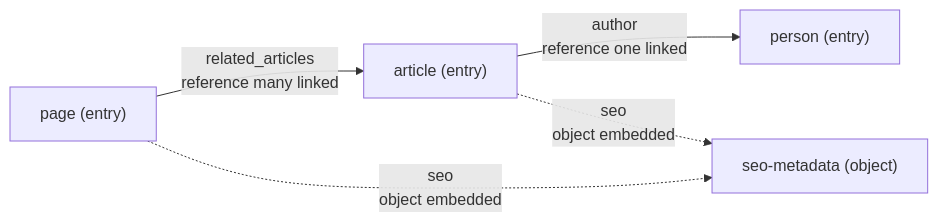
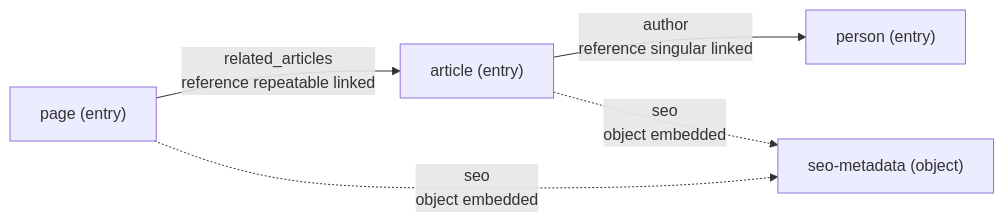
One commit to headless-company/content-model-master-format changed the diagram in docs/visualisation.md. Above: the diagram before and after it, drawn with Mermaid. The commit also changed other lines of this file and 14 other files, not shown here.

````diff
--- a/docs/visualisation.md
+++ b/docs/visualisation.md
@@ -51,16 +51,16 @@
 ```mermaid
 flowchart LR
     page["page (entry)"]
     article["article (entry)"]
     person["person (entry)"]
     seo["seo-metadata (object)"]
 
     page -->|"related_articles
-reference many linked"| article
+reference repeatable linked"| article
     article -->|"author
-reference one linked"| person
+reference singular linked"| person
     article -.->|"seo
 object embedded"| seo
     page -.->|"seo
 object embedded"| seo
 ```
````
